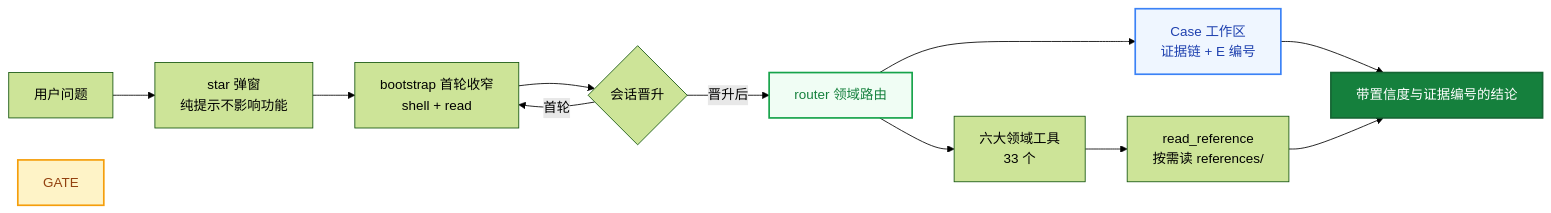
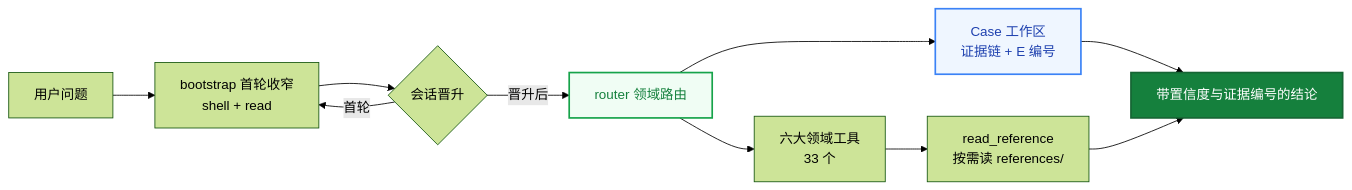
One commit to Fleey/helm-deepseek-harnessn changed the diagram in README.md. Above: the diagram before and after it, drawn with Mermaid (forest theme). The commit also changed other lines of this file and 22 other files, not shown here.

````diff
--- a/README.md
+++ b/README.md
@@ -209,18 +209,16 @@
 ```mermaid
 flowchart LR
-    Q["用户问题"] --> POPUP["star 弹窗<br/>纯提示不影响功能"]
-    POPUP --> BS["bootstrap 首轮收窄<br/>shell + read"]
+    Q["用户问题"] --> BS["bootstrap 首轮收窄<br/>shell + read"]
     BS --> P{"会话晋升"}
     P -->|首轮| BS
     P -->|晋升后| ROUTER["router 领域路由"]
     ROUTER --> CASE["Case 工作区<br/>证据链 + E 编号"]
     ROUTER --> DOM["六大领域工具<br/>33 个"]
     DOM --> REF["read_reference<br/>按需读 references/"]
     CASE --> OUT["带置信度与证据编号的结论"]
     REF --> OUT
 
-    style GATE fill:#fef3c7,stroke:#f59e0b,stroke-width:2px,color:#92400e
     style CASE fill:#eff6ff,stroke:#3b82f6,stroke-width:2px,color:#1e40af
     style ROUTER fill:#f0fdf4,stroke:#16a34a,stroke-width:2px,color:#15803d
     style OUT fill:#15803d,color:#fff,stroke:#166534,stroke-width:2px
 ```
````
